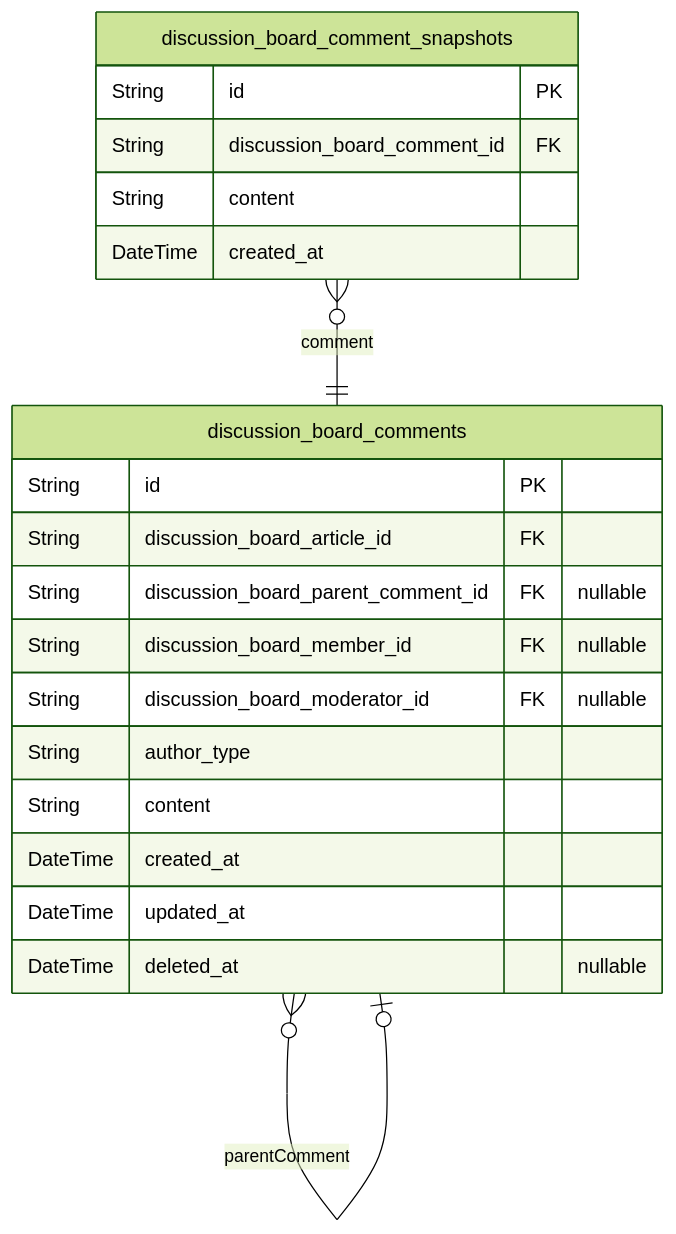
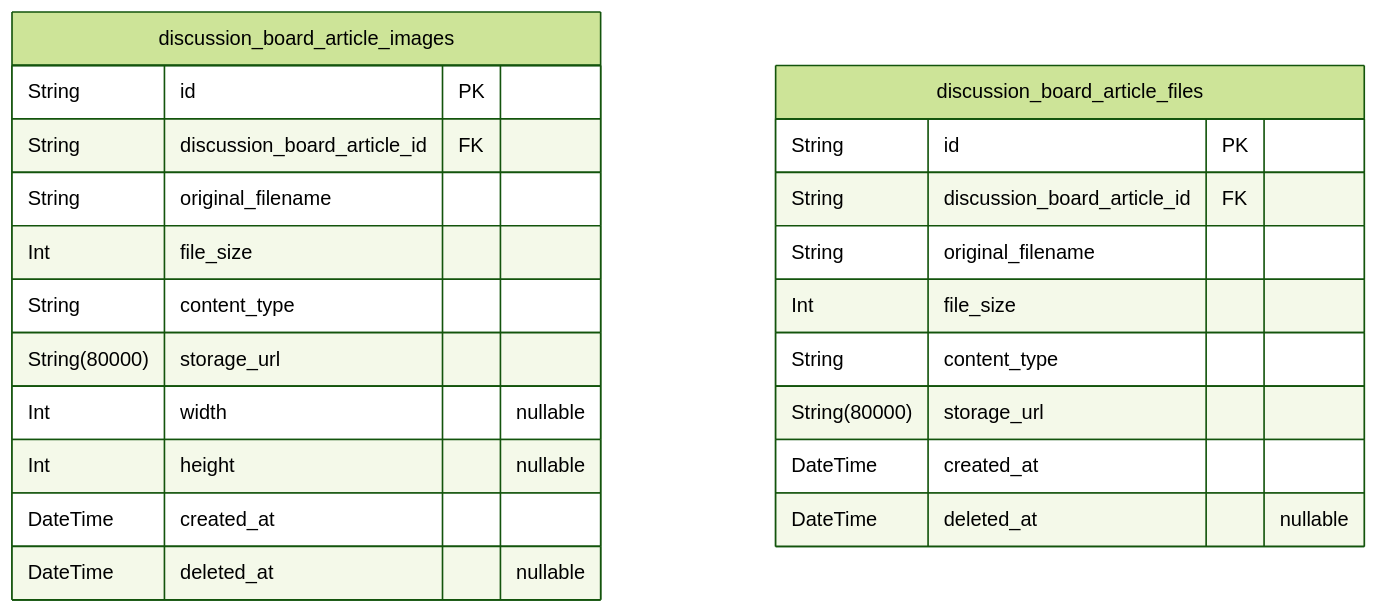
The third of 4 diagrams in anthropic/claude-sonnet-4.5/bbs/docs/ERD.md (wrtnlabs/autobe-examples), drawn with Mermaid (forest theme) before and after one commit. The commit also changed other lines of this file and 22498 other files, not shown here.

````diff
--- a/anthropic/claude-sonnet-4.5/bbs/docs/ERD.md
+++ b/anthropic/claude-sonnet-4.5/bbs/docs/ERD.md
@@ -442,23 +300,25 @@
 ```mermaid
 erDiagram
-"discussion_board_comments" {
+"discussion_board_article_images" {
   String id PK
   String discussion_board_article_id FK
-  String discussion_board_parent_comment_id FK "nullable"
-  String discussion_board_member_id FK "nullable"
-  String discussion_board_moderator_id FK "nullable"
-  String author_type
-  String content
+  String original_filename
+  Int file_size
+  String content_type
+  String(80000) storage_url
+  Int width "nullable"
+  Int height "nullable"
   DateTime created_at
-  DateTime updated_at
   DateTime deleted_at "nullable"
 }
-"discussion_board_comment_snapshots" {
+"discussion_board_article_files" {
   String id PK
-  String discussion_board_comment_id FK
-  String content
+  String discussion_board_article_id FK
+  String original_filename
+  Int file_size
+  String content_type
+  String(80000) storage_url
   DateTime created_at
+  DateTime deleted_at "nullable"
 }
-"discussion_board_comments" }o--o| "discussion_board_comments" : parentComment
-"discussion_board_comment_snapshots" }o--|| "discussion_board_comments" : comment
 ```
````
